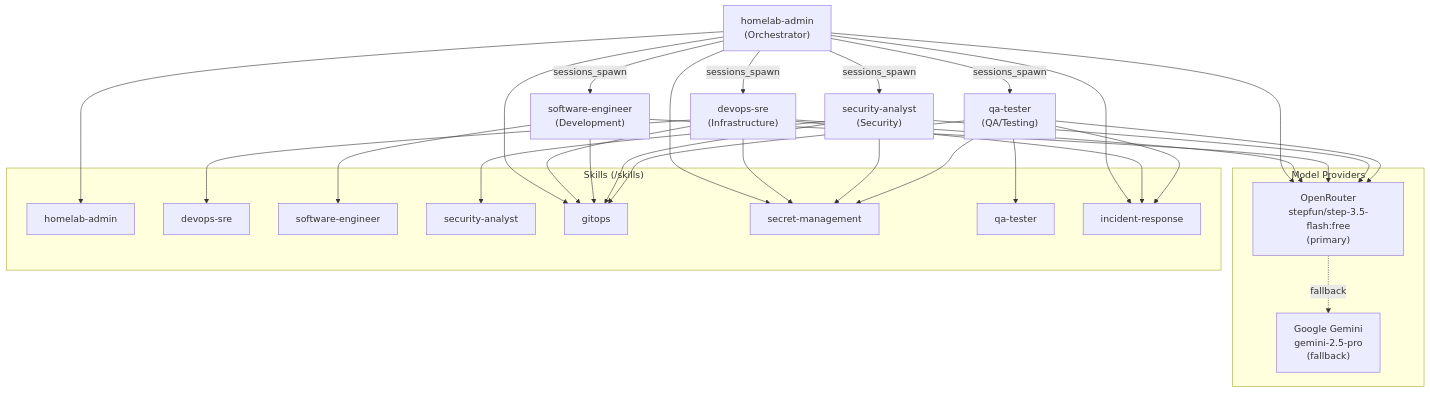
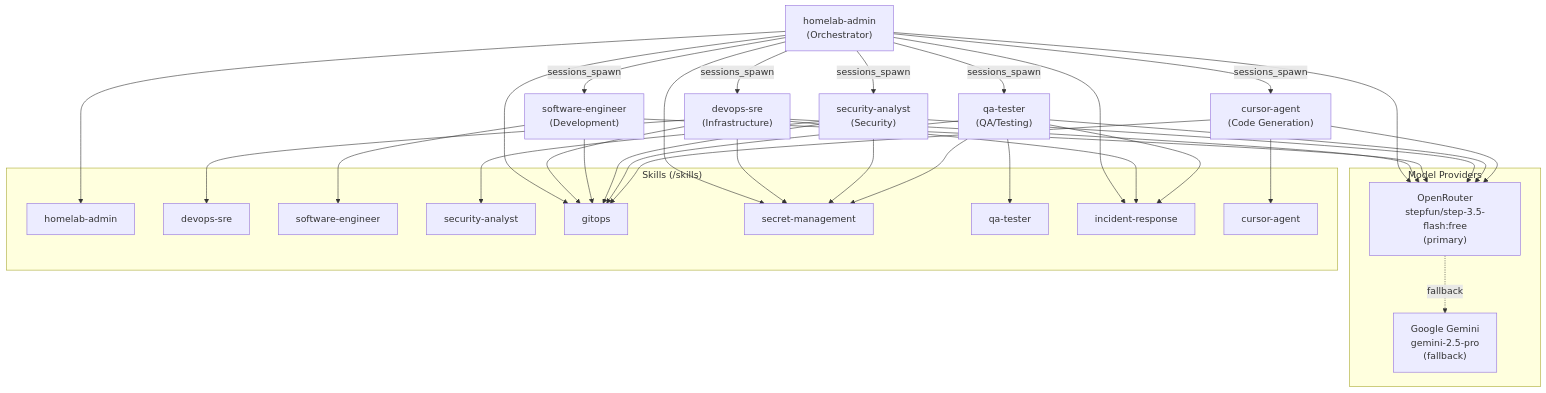
One commit to haingth77/homelab changed the sixth of 6 diagrams in k8s/apps/openclaw/README.md. Above: the diagram before and after it, drawn with Mermaid. The commit also changed other lines of this file and 9 other files, not shown here.

First line of the commit message:
feat: add cursor-agent OpenClaw subagent for Cursor CLI bridge (#100)

````diff
--- a/k8s/apps/openclaw/README.md
+++ b/k8s/apps/openclaw/README.md
@@ -660,38 +660,42 @@
 ```mermaid
 flowchart TD
     subgraph models["Model Providers"]
         OpenRouterM["OpenRouter\nstepfun/step-3.5-flash:free\n(primary)"]
         GeminiM["Google Gemini\ngemini-2.5-pro\n(fallback)"]
     end
 
     HA["homelab-admin\n(Orchestrator)"]
     DS["devops-sre\n(Infrastructure)"]
     SE["software-engineer\n(Development)"]
     SA["security-analyst\n(Security)"]
     QA["qa-tester\n(QA/Testing)"]
+    CA["cursor-agent\n(Code Generation)"]
 
     HA -- "sessions_spawn" --> DS
     HA -- "sessions_spawn" --> SE
     HA -- "sessions_spawn" --> SA
     HA -- "sessions_spawn" --> QA
+    HA -- "sessions_spawn" --> CA
 
-    HA & DS & SE & SA & QA --> OpenRouterM
+    HA & DS & SE & SA & QA & CA --> OpenRouterM
     OpenRouterM -. "fallback" .-> GeminiM
 
     subgraph skills["Skills (/skills)"]
         S1["homelab-admin"]
         S2["devops-sre"]
         S3["software-engineer"]
         S4["security-analyst"]
         S5["gitops"]
         S6["secret-management"]
         S7["qa-tester"]
         S8["incident-response"]
+        S9["cursor-agent"]
     end
 
     HA --> S1 & S5 & S6 & S8
     DS --> S2 & S5 & S6 & S8
     SE --> S3 & S5
     SA --> S4 & S5 & S6
     QA --> S7 & S5 & S6 & S8
+    CA --> S9 & S5
 ```
````
